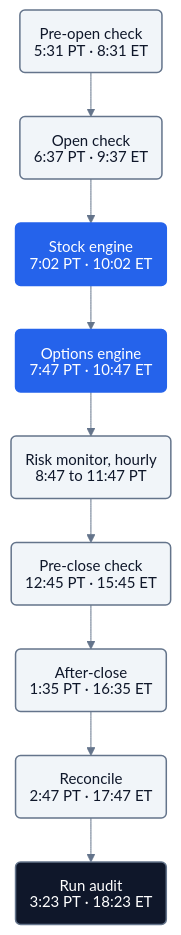
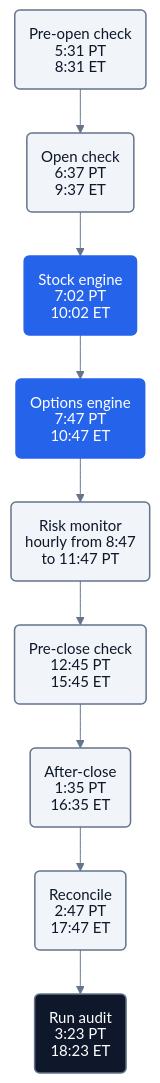
One commit to jaffershashimi/agentic-feed changed the diagram in docs/diagrams/timeline.mmd. Above: the diagram before and after it, drawn with Mermaid. The commit also changed 2 other files, not shown here.

Commit message:
Timeline diagram: PT and ET on their own lines so labels do not wrap on GitHub
Claude-Session: https://claude.ai/code/session_01SiMpxwtndpE8VedBPLVRtA

```diff
--- a/docs/diagrams/timeline.mmd
+++ b/docs/diagrams/timeline.mmd
@@ -1,7 +1,7 @@
 %%{init: {"theme":"base","fontFamily":"Inter, Helvetica, Arial, sans-serif","themeVariables":{"fontFamily":"Inter, Helvetica, Arial, sans-serif","fontSize":"15px","primaryColor":"#F1F5F9","primaryTextColor":"#0F172A","primaryBorderColor":"#64748B","lineColor":"#64748B","edgeLabelBackground":"#F1F5F9","tertiaryColor":"#F1F5F9"},"htmlLabels":false,"flowchart":{"curve":"basis","nodeSpacing":34,"rankSpacing":44,"padding":14,"htmlLabels":false}}}%%
 flowchart TB
-  T1("Pre-open check<br/>5:31 PT · 8:31 ET"):::base --> T2("Open check<br/>6:37 PT · 9:37 ET"):::base --> T3("Stock engine<br/>7:02 PT · 10:02 ET"):::key --> T4("Options engine<br/>7:47 PT · 10:47 ET"):::key --> T5("Risk monitor, hourly<br/>8:47 to 11:47 PT"):::base --> T6("Pre-close check<br/>12:45 PT · 15:45 ET"):::base --> T7("After-close<br/>1:35 PT · 16:35 ET"):::base --> T8("Reconcile<br/>2:47 PT · 17:47 ET"):::base --> T9("Run audit<br/>3:23 PT · 18:23 ET"):::ink
+  T1("Pre-open check<br/>5:31 PT<br/>8:31 ET"):::base --> T2("Open check<br/>6:37 PT<br/>9:37 ET"):::base --> T3("Stock engine<br/>7:02 PT<br/>10:02 ET"):::key --> T4("Options engine<br/>7:47 PT<br/>10:47 ET"):::key --> T5("Risk monitor<br/>hourly from 8:47<br/>to 11:47 PT"):::base --> T6("Pre-close check<br/>12:45 PT<br/>15:45 ET"):::base --> T7("After-close<br/>1:35 PT<br/>16:35 ET"):::base --> T8("Reconcile<br/>2:47 PT<br/>17:47 ET"):::base --> T9("Run audit<br/>3:23 PT<br/>18:23 ET"):::ink
   classDef base fill:#F1F5F9,stroke:#64748B,stroke-width:1.5px,color:#0F172A;
   classDef key fill:#2563EB,stroke:#2563EB,stroke-width:1.5px,color:#FFFFFF;
   classDef warn fill:#F1F5F9,stroke:#B45309,stroke-width:2.5px,color:#0F172A;
   classDef ink fill:#0F172A,stroke:#64748B,stroke-width:1.5px,color:#FFFFFF;
```
